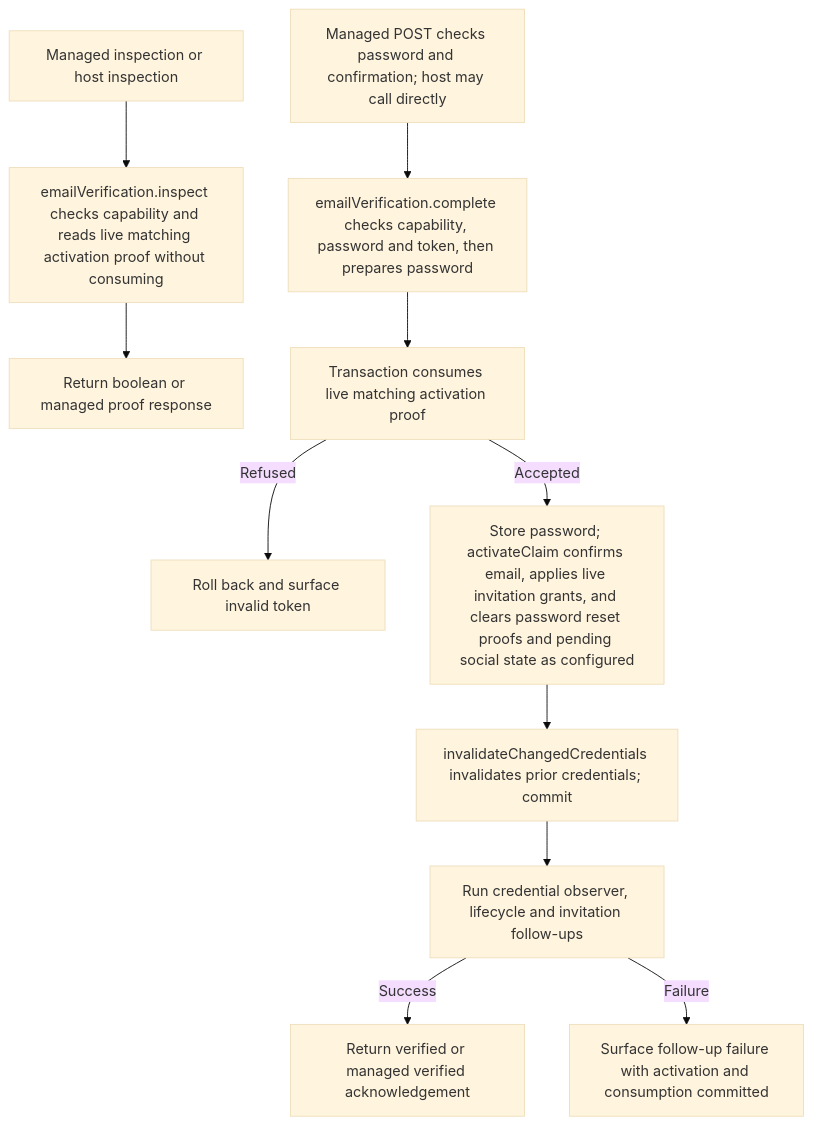
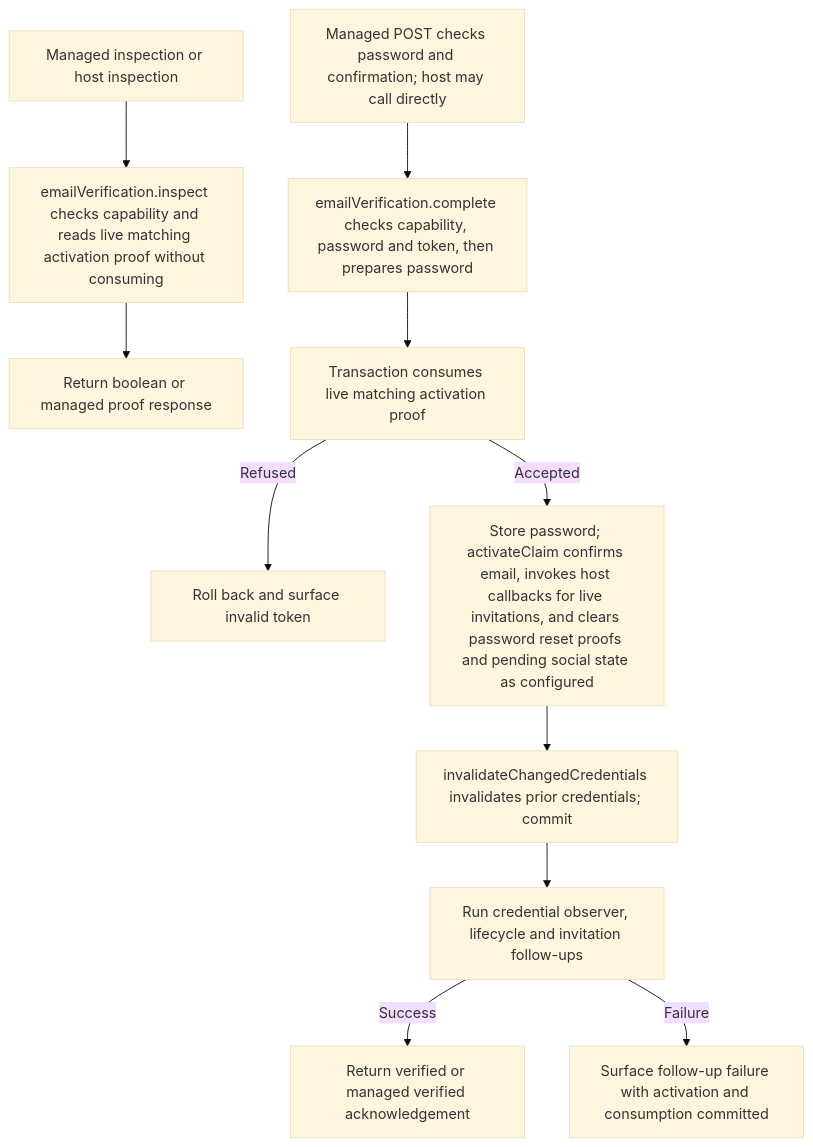
The second of 2 diagrams in user-stories/US-ACCOUNT-38-complete-email-verification.md (Kevinjohn/oss-adonisjs-account-kit), drawn with Mermaid (base theme) before and after one commit. The commit also changed 16 other files, not shown here.

````diff
--- a/user-stories/US-ACCOUNT-38-complete-email-verification.md
+++ b/user-stories/US-ACCOUNT-38-complete-email-verification.md
@@ -36,13 +36,13 @@
 ```mermaid
 flowchart TD
   M["Managed inspection or host inspection"] --> A["emailVerification.inspect checks capability and reads live matching activation proof without consuming"]
   A --> Q["Return boolean or managed proof response"]
   N["Managed POST checks password and confirmation; host may call directly"] --> E["emailVerification.complete checks capability, password and token, then prepares password"]
   E --> F["Transaction consumes live matching activation proof"]
   F -->|Refused| R["Roll back and surface invalid token"]
-  F -->|Accepted| G["Store password; activateClaim confirms email, applies live invitation grants, and clears password reset proofs and pending social state as configured"]
+  F -->|Accepted| G["Store password; activateClaim confirms email, invokes host callbacks for live invitations, and clears password reset proofs and pending social state as configured"]
   G --> H["invalidateChangedCredentials invalidates prior credentials; commit"]
   H --> I["Run credential observer, lifecycle and invitation follow-ups"]
   I -->|Success| K["Return verified or managed verified acknowledgement"]
   I -->|Failure| L["Surface follow-up failure with activation and consumption committed"]
 ```
````
